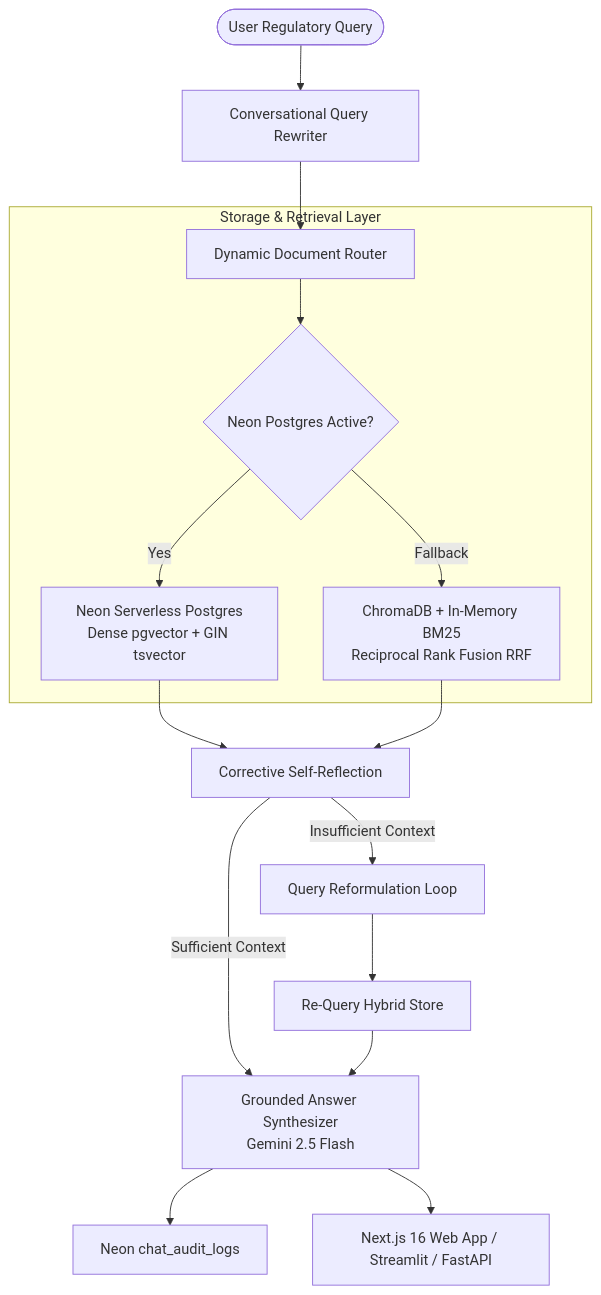
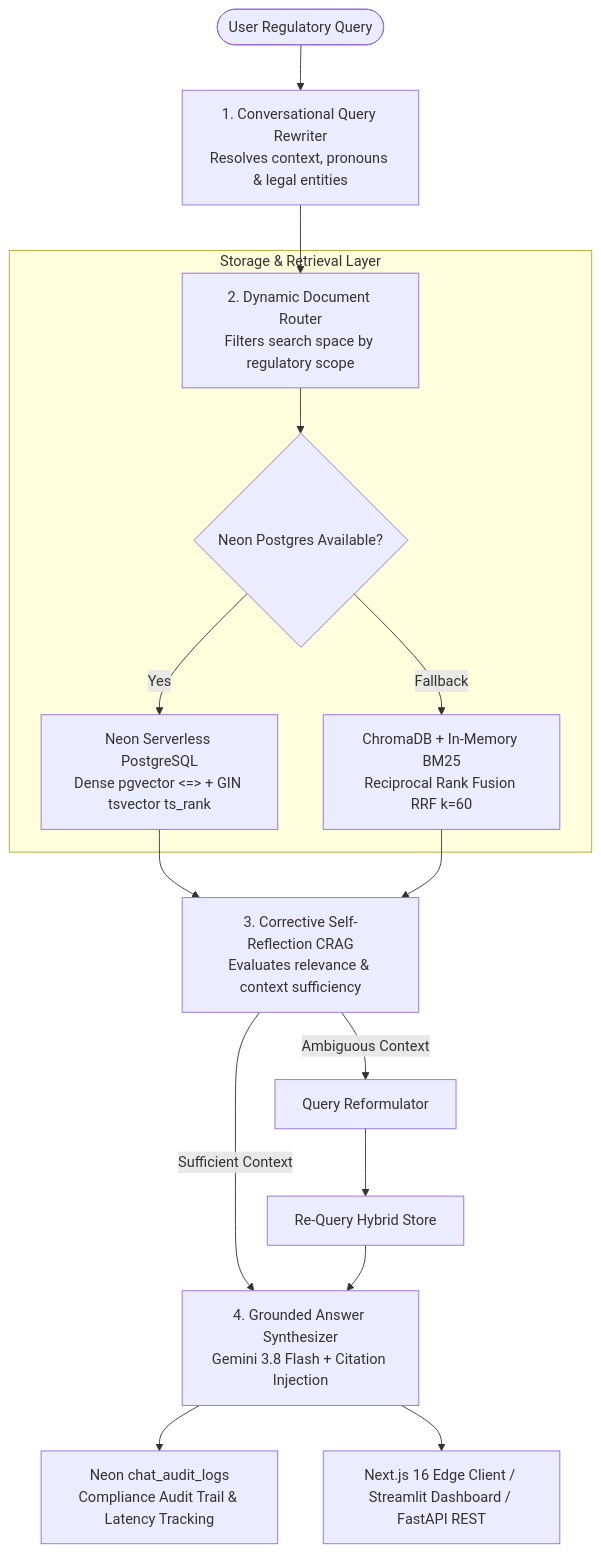
The diagram in README.md (Steven256-debug/Agentic_RAG), drawn with Mermaid before and after one commit. The commit also changed other lines of this file and 1 other file, not shown here.

````diff
--- a/README.md
+++ b/README.md
@@ -15,20 +17,20 @@
 ```mermaid
 graph TD
-    UserQuery([User Regulatory Query]) --> Rewriter[Conversational Query Rewriter]
-    Rewriter --> Router[Dynamic Document Router]
+    UserQuery([User Regulatory Query]) --> Rewriter[1. Conversational Query Rewriter\nResolves context, pronouns & legal entities]
+    Rewriter --> Router[2. Dynamic Document Router\nFilters search space by regulatory scope]
     
     subgraph Storage & Retrieval Layer
-        Router --> DualEngine{Neon Postgres Active?}
-        DualEngine -- Yes --> Neon[Neon Serverless Postgres\nDense pgvector + GIN tsvector]
-        DualEngine -- Fallback --> LocalChroma[ChromaDB + In-Memory BM25\nReciprocal Rank Fusion RRF]
+        Router --> DualEngine{Neon Postgres Available?}
+        DualEngine -- Yes --> Neon[Neon Serverless PostgreSQL\nDense pgvector <=> + GIN tsvector ts_rank]
+        DualEngine -- Fallback --> LocalChroma[ChromaDB + In-Memory BM25\nReciprocal Rank Fusion RRF k=60]
     end
 
-    Neon --> Reflector[Corrective Self-Reflection]
+    Neon --> Reflector[3. Corrective Self-Reflection CRAG\nEvaluates relevance & context sufficiency]
     LocalChroma --> Reflector
     
-    Reflector -- Sufficient Context --> Generator[Grounded Answer Synthesizer\nGemini 2.5 Flash]
-    Reflector -- Insufficient Context --> Reformulate[Query Reformulation Loop] --> StorageReQuery[Re-Query Hybrid Store] --> Generator
+    Reflector -- Sufficient Context --> Generator[4. Grounded Answer Synthesizer\nGemini 3.8 Flash + Citation Injection]
+    Reflector -- Ambiguous Context --> Reformulate[Query Reformulator] --> ReQuery[Re-Query Hybrid Store] --> Generator
     
-    Generator --> AuditLog[Neon chat_audit_logs]
-    Generator --> Delivery[Next.js 16 Web App / Streamlit / FastAPI]
+    Generator --> AuditLog[Neon chat_audit_logs\nCompliance Audit Trail & Latency Tracking]
+    Generator --> Delivery[Next.js 16 Edge Client / Streamlit Dashboard / FastAPI REST]
 ```
````
